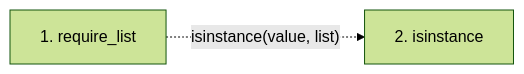
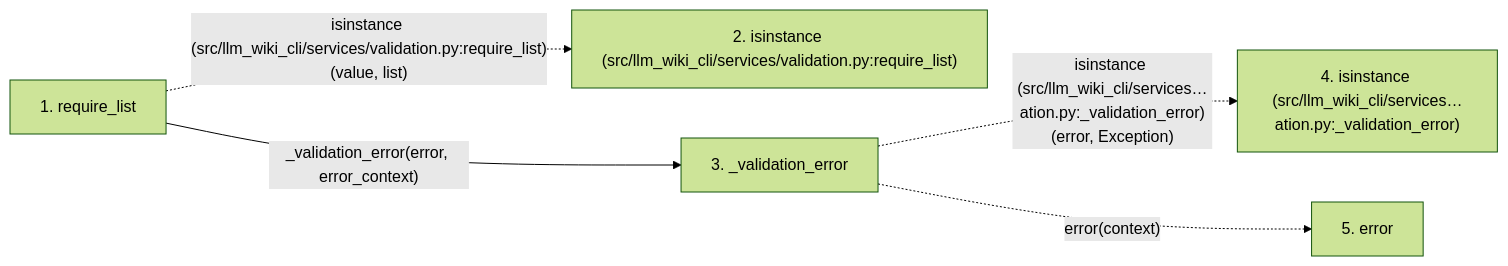
One commit to Denissvgn/python-wiki-llm changed the second of 2 diagrams in docs/llm_wiki/flows/api-require_list.md. Above: the diagram before and after it, drawn with Mermaid (forest theme). The commit also changed other lines of this file and 627 other files, not shown here.

````diff
--- a/docs/llm_wiki/flows/api-require_list.md
+++ b/docs/llm_wiki/flows/api-require_list.md
@@ -36,7 +42,14 @@
 ```mermaid
 flowchart LR
     s1["1. require_list"]
-    s2["2. isinstance"]
-    s1 -. "isinstance(value, list)" .-> s2
+    s2["2. isinstance (src/llm_wiki_cli/services/validation.py:require_list)"]
+    s3["3. _validation_error"]
+    s4["4. isinstance (src/llm_wiki_cli/services…ation.py:_validation_error)"]
+    s5["5. error"]
+    s1 -. "isinstance (src/llm_wiki_cli/services/validation.py:require_list)(value, list)" .-> s2
+    s1 -->|"_validation_error(error, error_context)"| s3
+    s3 -. "isinstance (src/llm_wiki_cli/services…ation.py:_validation_error)(error, Exception)" .-> s4
+    s3 -. "error(context)" .-> s5
     click s1 "../modules/validation.md"
+    click s3 "../modules/validation.md"
 ```
````
